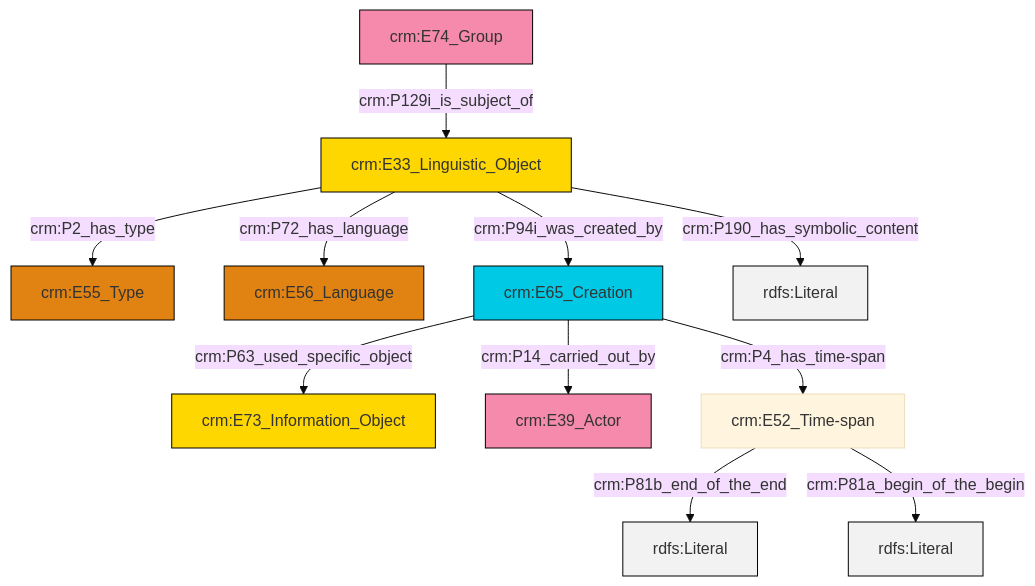
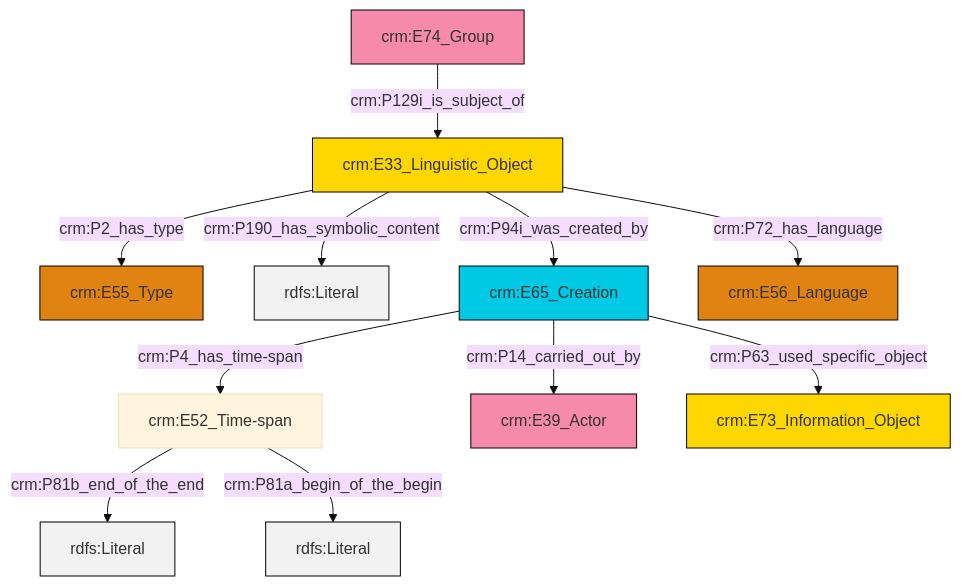
The diagram in et/groupCSV/ttl/mmd/group_description.ttl.mmd (swiss-art-research-net/reference-data-models), drawn with Mermaid (base theme) before and after one commit. The commit also changed 157 other files, not shown here.

```diff
--- a/et/groupCSV/ttl/mmd/group_description.ttl.mmd
+++ b/et/groupCSV/ttl/mmd/group_description.ttl.mmd
@@ -1,25 +1,25 @@
 graph TD
 classDef Literal fill:#f2f2f2,stroke:#000000;
 classDef CRM_Entity fill:#FFFFFF,stroke:#000000;
 classDef Temporal_Entity fill:#00C9E6, stroke:#000000;
 classDef Type fill:#E18312, stroke:#000000;
 classDef Time-Span fill:#2C9C91, stroke:#000000;
 classDef Appellation fill:#FFEB7F, stroke:#000000;
 classDef Place fill:#008836, stroke:#000000;
 classDef Persistent_Item fill:#B266B2, stroke:#000000;
 classDef Conceptual_Object fill:#FFD700, stroke:#000000;
 classDef Physical_Thing fill:#D2B48C, stroke:#000000;
 classDef Actor fill:#f58aad, stroke:#000000;
 classDef PC_Classes fill:#4ce600, stroke:#000000;
 classDef Multi fill:#cccccc,stroke:#000000;
 
-6["crm:E65_Creation"]:::Temporal_Entity -->|crm:P14_carried_out_by| 7["crm:E39_Actor"]:::Actor
-8["crm:E33_Linguistic_Object"]:::Conceptual_Object -->|crm:P190_has_symbolic_content| 9[rdfs:Literal]:::Literal
-6["crm:E65_Creation"]:::Temporal_Entity -->|crm:P4_has_time-span| 10["crm:E52_Time-span"]:::Default
-8["crm:E33_Linguistic_Object"]:::Conceptual_Object -->|crm:P72_has_language| 2["crm:E56_Language"]:::Type
-10["crm:E52_Time-span"]:::Default -->|crm:P81b_end_of_the_end| 16[rdfs:Literal]:::Literal
-10["crm:E52_Time-span"]:::Default -->|crm:P81a_begin_of_the_begin| 17[rdfs:Literal]:::Literal
-6["crm:E65_Creation"]:::Temporal_Entity -->|crm:P63_used_specific_object| 4["crm:E73_Information_Object"]:::Conceptual_Object
-8["crm:E33_Linguistic_Object"]:::Conceptual_Object -->|crm:P2_has_type| 0["crm:E55_Type"]:::Type
-8["crm:E33_Linguistic_Object"]:::Conceptual_Object -->|crm:P94i_was_created_by| 6["crm:E65_Creation"]:::Temporal_Entity
-14["crm:E74_Group"]:::Actor -->|crm:P129i_is_subject_of| 8["crm:E33_Linguistic_Object"]:::Conceptual_Object
+4["crm:E52_Time-span"]:::Default -->|crm:P81b_end_of_the_end| 5[rdfs:Literal]:::Literal
+0["crm:E33_Linguistic_Object"]:::Conceptual_Object -->|crm:P2_has_type| 6["crm:E55_Type"]:::Type
+4["crm:E52_Time-span"]:::Default -->|crm:P81a_begin_of_the_begin| 7[rdfs:Literal]:::Literal
+0["crm:E33_Linguistic_Object"]:::Conceptual_Object -->|crm:P190_has_symbolic_content| 9[rdfs:Literal]:::Literal
+10["crm:E65_Creation"]:::Temporal_Entity -->|crm:P4_has_time-span| 4["crm:E52_Time-span"]:::Default
+10["crm:E65_Creation"]:::Temporal_Entity -->|crm:P14_carried_out_by| 11["crm:E39_Actor"]:::Actor
+0["crm:E33_Linguistic_Object"]:::Conceptual_Object -->|crm:P94i_was_created_by| 10["crm:E65_Creation"]:::Temporal_Entity
+2["crm:E74_Group"]:::Actor -->|crm:P129i_is_subject_of| 0["crm:E33_Linguistic_Object"]:::Conceptual_Object
+10["crm:E65_Creation"]:::Temporal_Entity -->|crm:P63_used_specific_object| 15["crm:E73_Information_Object"]:::Conceptual_Object
+0["crm:E33_Linguistic_Object"]:::Conceptual_Object -->|crm:P72_has_language| 16["crm:E56_Language"]:::Type
```
